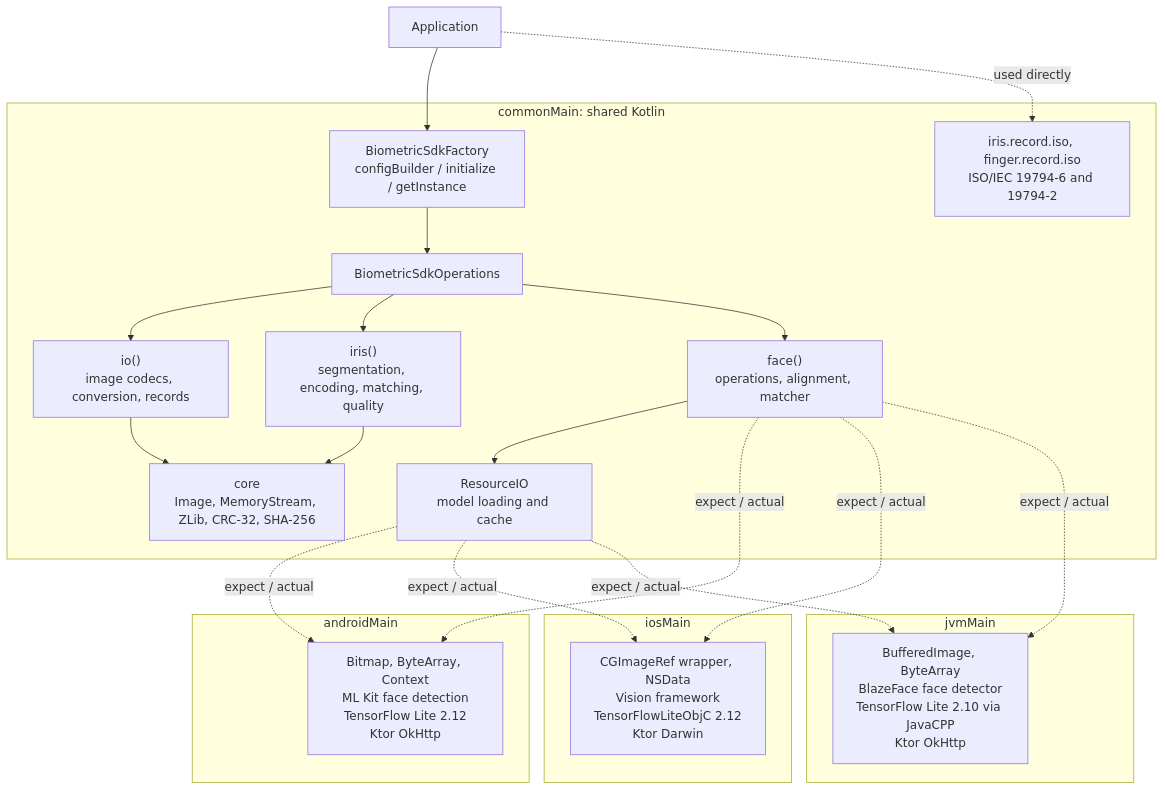
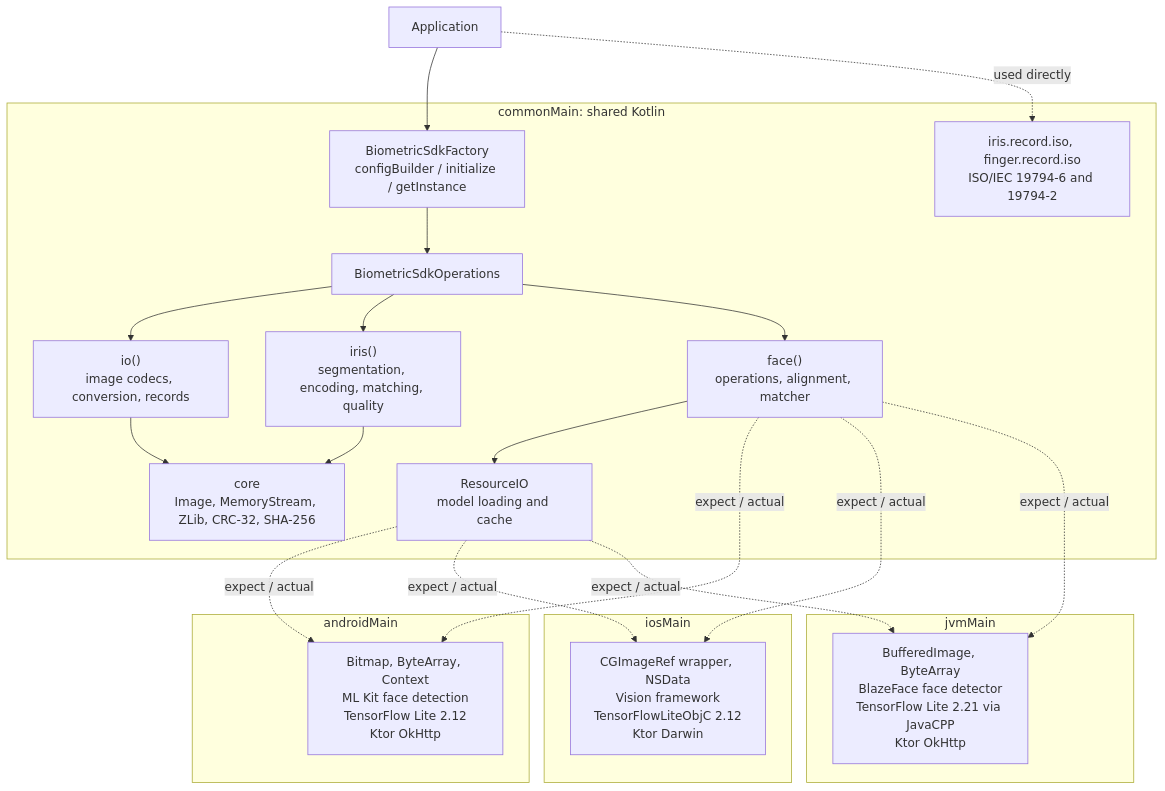
The first of 3 diagrams in readme.md (biometric-technologies/biometric-sdk), drawn with Mermaid before and after one commit. The commit also changed other lines of this file, not shown here.

Commit message:
README: JVM TensorFlow Lite 2.21.0-1.5.14 and the platforms it has natives for

````diff
--- a/readme.md
+++ b/readme.md
@@ -180,37 +180,37 @@
 ```mermaid
 flowchart TD
     APP["Application"]
     subgraph common["commonMain: shared Kotlin"]
         FACTORY["BiometricSdkFactory<br/>configBuilder / initialize / getInstance"]
         OPS["BiometricSdkOperations"]
         IO["io()<br/>image codecs, conversion, records"]
         IRIS["iris()<br/>segmentation, encoding, matching, quality"]
         FACE["face()<br/>operations, alignment, matcher"]
         RES["ResourceIO<br/>model loading and cache"]
         CORE["core<br/>Image, MemoryStream, ZLib, CRC-32, SHA-256"]
         ISO["iris.record.iso, finger.record.iso<br/>ISO/IEC 19794-6 and 19794-2"]
     end
     subgraph android["androidMain"]
         ANDR["Bitmap, ByteArray, Context<br/>ML Kit face detection<br/>TensorFlow Lite 2.12<br/>Ktor OkHttp"]
     end
     subgraph ios["iosMain"]
         IOSN["CGImageRef wrapper, NSData<br/>Vision framework<br/>TensorFlowLiteObjC 2.12<br/>Ktor Darwin"]
     end
     subgraph jvm["jvmMain"]
-        JVMN["BufferedImage, ByteArray<br/>BlazeFace face detector<br/>TensorFlow Lite 2.10 via JavaCPP<br/>Ktor OkHttp"]
+        JVMN["BufferedImage, ByteArray<br/>BlazeFace face detector<br/>TensorFlow Lite 2.21 via JavaCPP<br/>Ktor OkHttp"]
     end
     APP --> FACTORY --> OPS
     OPS --> IO
     OPS --> IRIS
     OPS --> FACE
     IRIS --> CORE
     IO --> CORE
     APP -.->|"used directly"| ISO
     FACE --> RES
     FACE -.->|"expect / actual"| ANDR
     FACE -.->|"expect / actual"| IOSN
     FACE -.->|"expect / actual"| JVMN
     RES -.->|"expect / actual"| ANDR
     RES -.->|"expect / actual"| IOSN
     RES -.->|"expect / actual"| JVMN
 ```
````
